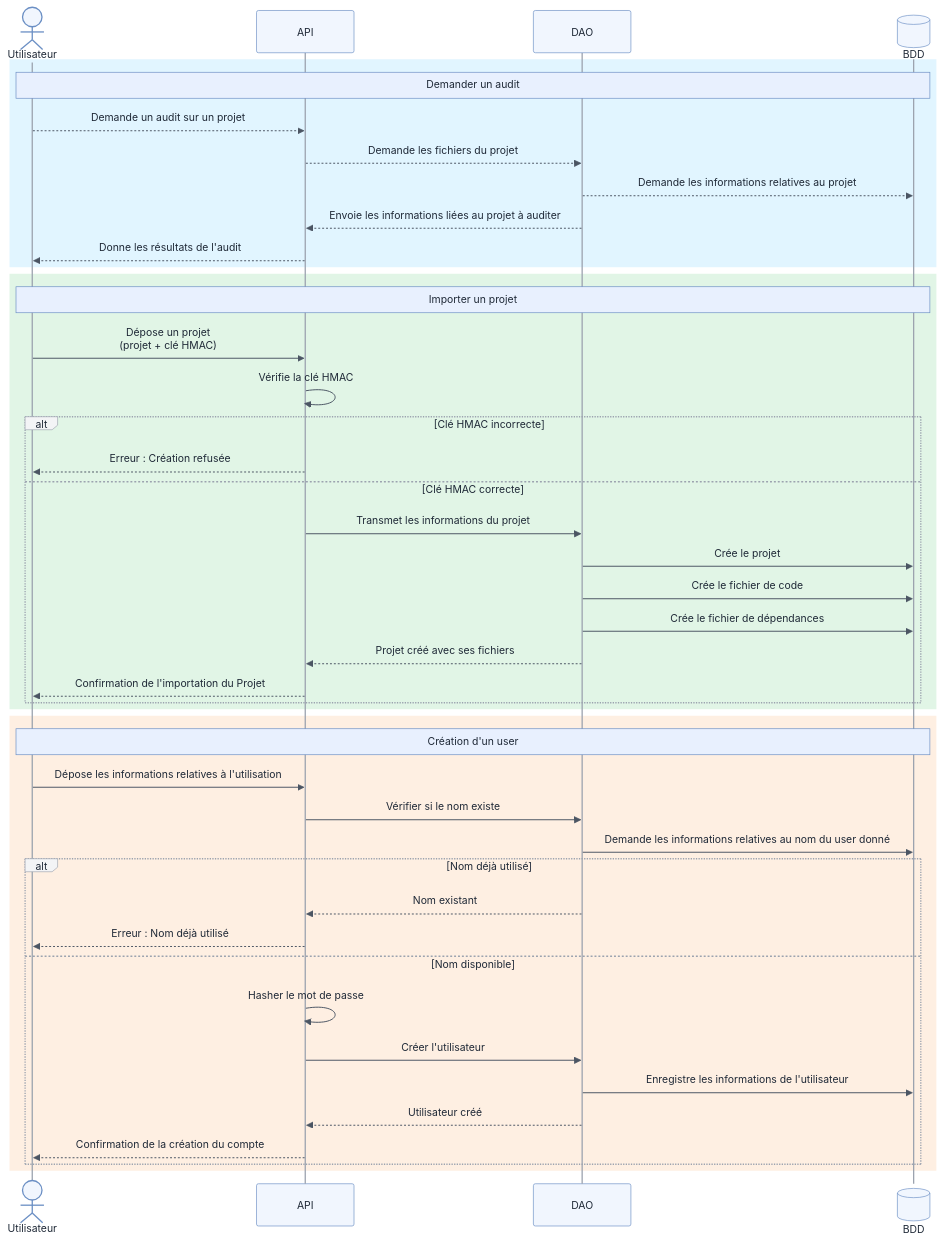
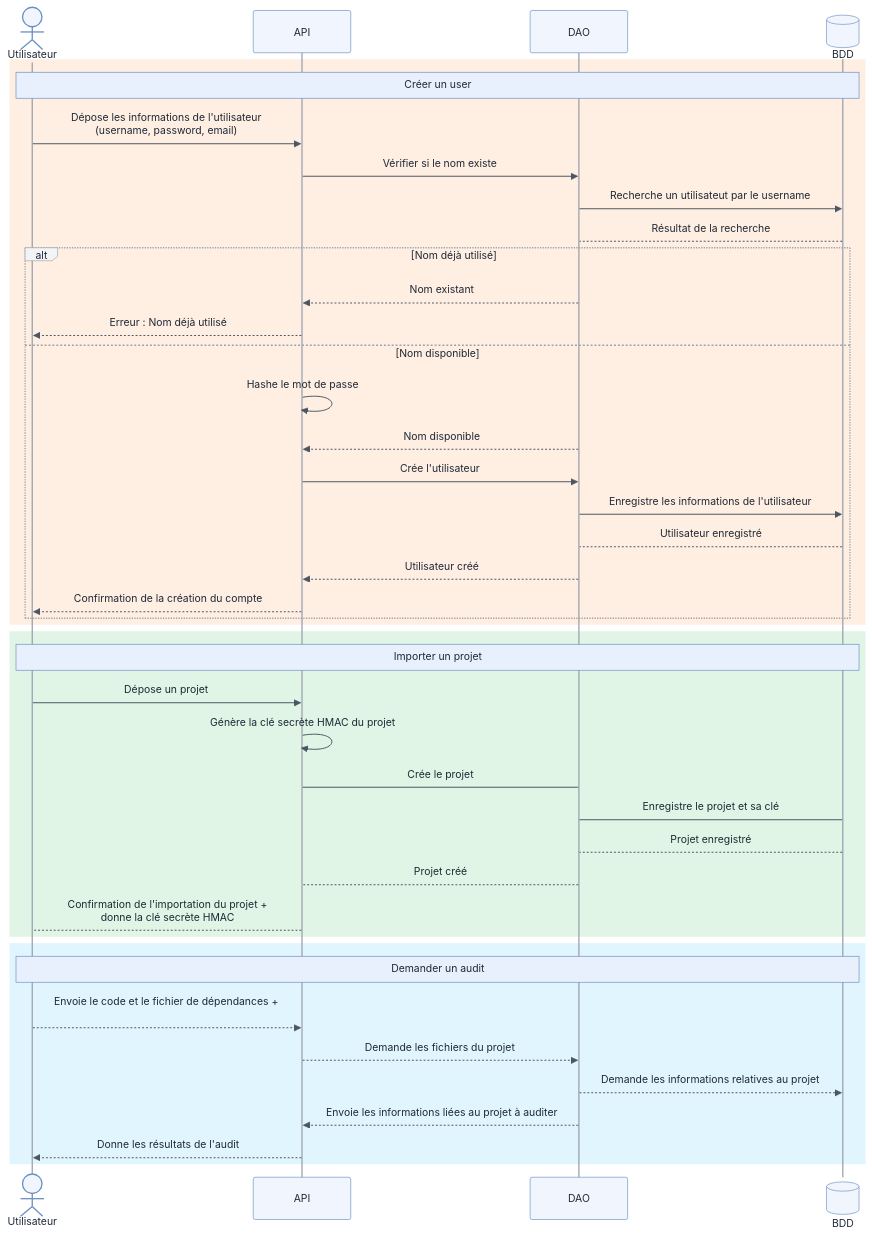
One commit to galahade-ncl/ensai-it-project-2a-team34 changed the diagram in doc/sequence_diagram.md. Above: the diagram before and after it, drawn with Mermaid. The commit also changed 1 other file, not shown here.

Commit message:
diagramme de séquence

`````diff
--- a/doc/sequence_diagram.md
+++ b/doc/sequence_diagram.md
@@ -39,50 +39,50 @@
     participant DAO
     participant BDD@{ "type" : "database" }
 
+    rect rgb(254, 239, 226)
+        Note over Utilisateur,BDD: Créer un user 
+
+        Utilisateur->>API: Dépose les informations de l'utilisateur<br/>(username, password, email)
+        API->>DAO: Vérifier si le nom existe
+        DAO->>BDD: Recherche un utilisateut par le username
+        BDD-->DAO: Résultat de la recherche
+
+        alt Nom déjà utilisé
+            DAO-->>API: Nom existant
+            API-->>Utilisateur: Erreur : Nom déjà utilisé
+        else Nom disponible
+            API->>API: Hashe le mot de passe
+            DAO-->>API: Nom disponible
+            API->>DAO: Crée l'utilisateur
+            DAO->>BDD: Enregistre les informations de l'utilisateur
+            BDD-->DAO: Utilisateur enregistré
+            DAO-->>API: Utilisateur créé
+            API-->>Utilisateur: Confirmation de la création du compte
+        end
+    end
+
+    rect rgb(225, 245, 230)
+        Note over Utilisateur,BDD: Importer un projet
+
+        Utilisateur->>API: Dépose un projet
+        API->>API: Génère la clé secrète HMAC du projet
+
+        API->DAO: Crée le projet
+        DAO->BDD: Enregistre le projet et sa clé
+        BDD-->DAO: Projet enregistré
+        DAO-->API: Projet créé
+        API-->Utilisateur: Confirmation de l'importation du projet + <br/>donne la clé secrète HMAC
+
+    end
+
     rect rgb(225, 245, 255)
         Note over Utilisateur,BDD: Demander un audit
 
-        Utilisateur-->>API: Demande un audit sur un projet
+        Utilisateur-->>API: Envoie le code et le fichier de dépendances + <br/> 
         API-->>DAO: Demande les fichiers du projet
         DAO-->>BDD: Demande les informations relatives au projet
         DAO-->>API: Envoie les informations liées au projet à auditer
         API-->>Utilisateur: Donne les résultats de l'audit
     end
 
-    rect rgb(225, 245, 230)
-        Note over Utilisateur,BDD: Importer un projet
-
-        Utilisateur->>API: Dépose un projet<br/>(projet + clé HMAC)
-        API->>API: Vérifie la clé HMAC
-
-        alt Clé HMAC incorrecte
-            API-->>Utilisateur: Erreur : Création refusée
-        else Clé HMAC correcte
-            API->>DAO: Transmet les informations du projet
-            DAO->>BDD: Crée le projet
-            DAO->>BDD: Crée le fichier de code
-            DAO->>BDD: Crée le fichier de dépendances
-            DAO-->>API: Projet créé avec ses fichiers
-            API-->>Utilisateur: Confirmation de l'importation du Projet
-        end
-    end
-
-    rect rgb(254, 239, 226)
-        Note over Utilisateur,BDD: Création d'un user
-
-        Utilisateur->>API: Dépose les informations relatives à l'utilisation
-        API->>DAO: Vérifier si le nom existe
-        DAO->>BDD: Demande les informations relatives au nom du user donné
-
-        alt Nom déjà utilisé
-            DAO-->>API: Nom existant
-            API-->>Utilisateur: Erreur : Nom déjà utilisé
-        else Nom disponible
-            API->>API: Hasher le mot de passe
-            API->>DAO: Créer l'utilisateur
-            DAO->>BDD: Enregistre les informations de l'utilisateur
-            DAO-->>API: Utilisateur créé
-            API-->>Utilisateur: Confirmation de la création du compte
-        end
-    end
 ````
`````
